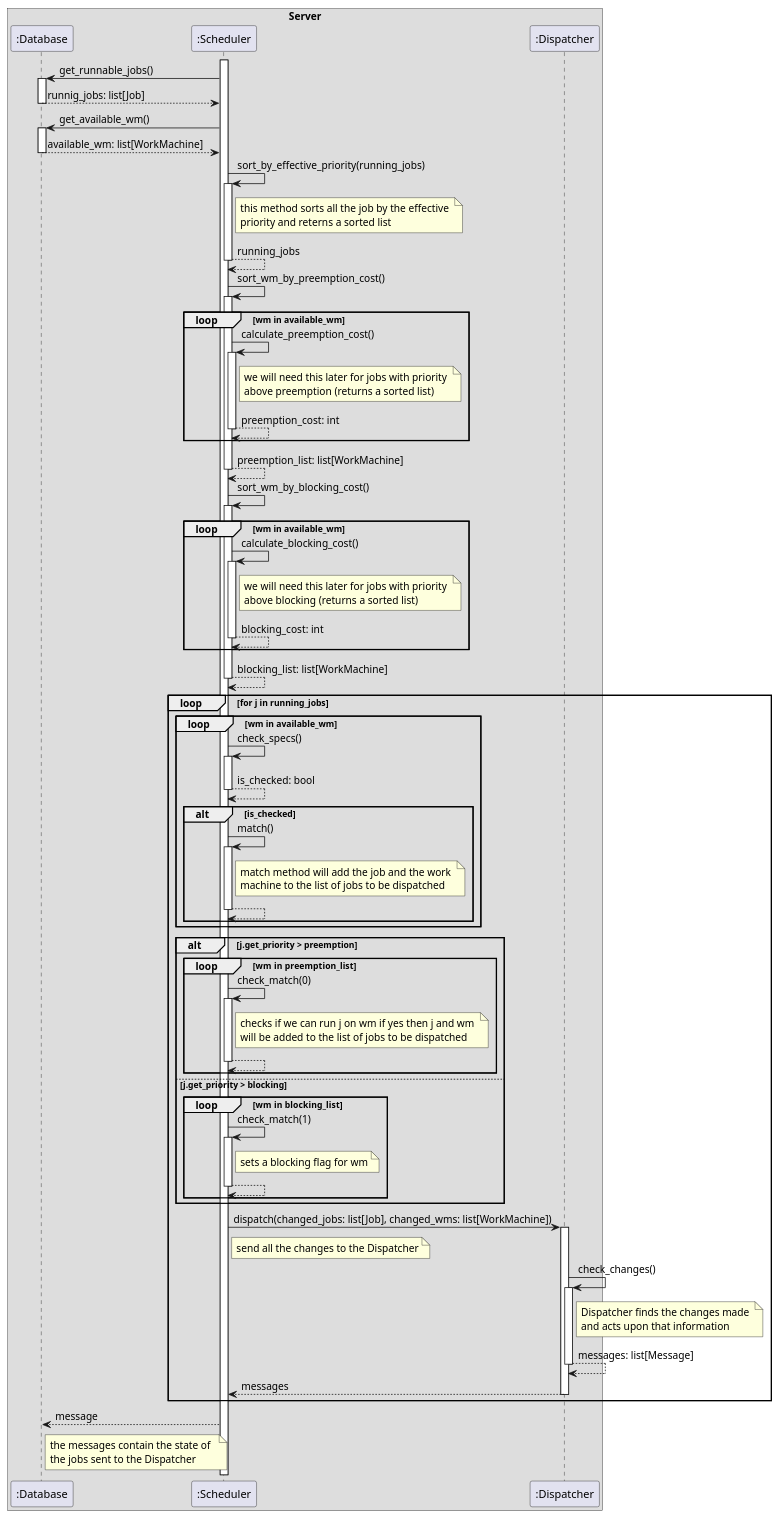
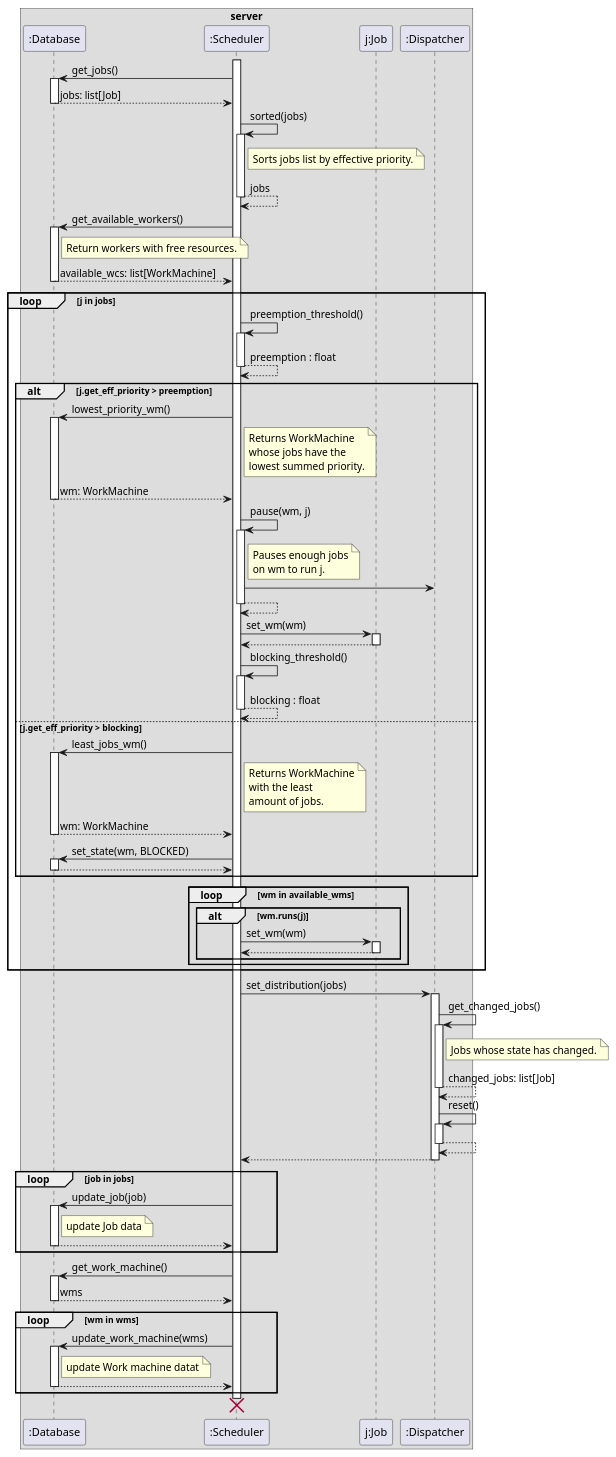
The diagram in design/sequence/scheduler-low.puml (DistributedTaskScheduling/documentation), drawn with PlantUML before and after one commit.

Commit message:
updated Scheduler as discussed in the meeting

```diff
--- a/design/sequence/scheduler-low.puml
+++ b/design/sequence/scheduler-low.puml
@@ -1,104 +1,110 @@
-@startuml test
+@startuml
 
-box "Server"
+box "server"
     participant ":Database" as db
     participant ":Scheduler" as s
+    participant "j:Job" as j
     participant ":Dispatcher" as d
 end box
 
 s++
-s -> db ++: get_runnable_jobs()
-db --> s --: runnig_jobs: list[Job]
+s -> db++: get_jobs()
+db --> s--: jobs: list[Job]
 
-s -> db ++: get_available_wm()
-db --> s --: available_wm: list[WorkMachine]
+s -> s++: sorted(jobs)
+note right of s
+    Sorts jobs list by effective priority.
+end note
+s --> s--: jobs
 
-s -> s ++: sort_by_effective_priority(running_jobs)
-note right of s 
-    this method sorts all the job by the effective 
-    priority and reterns a sorted list 
+s -> db++: get_available_workers()
+note right of db
+    Return workers with free resources.
 end note
-s --> s --: running_jobs
+db --> s--: available_wcs: list[WorkMachine]
 
-s -> s ++: sort_wm_by_preemption_cost()
-    loop wm in available_wm
-        s -> s ++: calculate_preemption_cost()
-        note right of s 
-            we will need this later for jobs with priority 
-            above preemption (returns a sorted list)
+loop j in jobs
+    
+    s->s++ : preemption_threshold()
+    s-->s-- : preemption : float
+    
+    alt j.get_eff_priority > preemption
+        s -> db++ : lowest_priority_wm()
+        note right of s
+            Returns WorkMachine
+            whose jobs have the
+            lowest summed priority.
         end note
-        s --> s --: preemption_cost: int
-    end 
-s --> s --: preemption_list: list[WorkMachine]
+        db --> s--: wm: WorkMachine
+        s -> s ++: pause(wm, j)
+        note right of s
+            Pauses enough jobs
+            on wm to run j.
+        end note
+        
+        s -> d
+        s--> s--
 
-s -> s ++: sort_wm_by_blocking_cost()
-    loop wm in available_wm
-        s -> s ++: calculate_blocking_cost()
-        note right of s 
-            we will need this later for jobs with priority 
-            above blocking (returns a sorted list)
+        s -> j++: set_wm(wm)
+        j --> s--
+    
+    s->s++ : blocking_threshold()
+    s-->s-- : blocking : float
+    
+    else j.get_eff_priority > blocking
+        s -> db++ : least_jobs_wm()
+        note right of s
+            Returns WorkMachine
+            with the least
+            amount of jobs.
         end note
-        s --> s --: blocking_cost: int
-    end 
-s --> s --: blocking_list: list[WorkMachine]
+        db --> s--: wm: WorkMachine
+        
+        s -> db++: set_state(wm, BLOCKED)
+        db-->s--
+    end
+    
+    loop wm in available_wms
+        alt wm.runs(j)
+            s -> j++: set_wm(wm)
+            j --> s--
+        end
+    end
+    
+end
+
+s -> d++: set_distribution(jobs)
+
+d -> d++: get_changed_jobs()
+note right of d
+    Jobs whose state has changed.
+end note
+d --> d-- : changed_jobs: list[Job]
+d -> d++: reset()
+d-->d--
+
+d --> s--
+
+loop job in jobs
+    s -> db++: update_job(job)
+    note right of db
+        update Job data
+    end note
+    db --> s--
+end
+
+s->db++ : get_work_machine()
+db-->s-- : wms
+
+loop wm in wms 
+    s -> db++: update_work_machine(wms)
+    note right of db
+        update Work machine datat
+    end note
+    db --> s--
+end
 
 
-
-loop    for j in running_jobs
-
-    loop wm in available_wm
-        s -> s ++: check_specs()
-        s --> s --: is_checked: bool
-        alt is_checked
-            s -> s ++: match()
-            note right of s
-                match method will add the job and the work 
-                machine to the list of jobs to be dispatched 
-            end note
-            s --> s --:
-        end    
-    end
-
-    alt j.get_priority > preemption
-        loop wm in  preemption_list
-        s -> s ++: check_match(0)
-        note right of s
-            checks if we can run j on wm if yes then j and wm 
-            will be added to the list of jobs to be dispatched
-        end note
-        s --> s --:
-        end
-
-
-    else j.get_priority > blocking 
-        loop wm in  blocking_list
-        s -> s ++: check_match(1)
-        note right of s 
-            sets a blocking flag for wm
-        end note 
-        s --> s --: 
-        end
-
-    end
-
-
-    s -> d ++: dispatch(changed_jobs: list[Job], changed_wms: list[WorkMachine])
-    note right of s 
-        send all the changes to the Dispatcher
-    end note
-    d -> d ++: check_changes()
-        note right of d 
-            Dispatcher finds the changes made 
-            and acts upon that information
-        end note 
-    d --> d --: messages: list[Message]
-    d --> s --: messages
-end
-
-s --> db : message
-note right of db 
-    the messages contain the state of  
-    the jobs sent to the Dispatcher
-end note 
+destroy s
 
 @enduml
```
